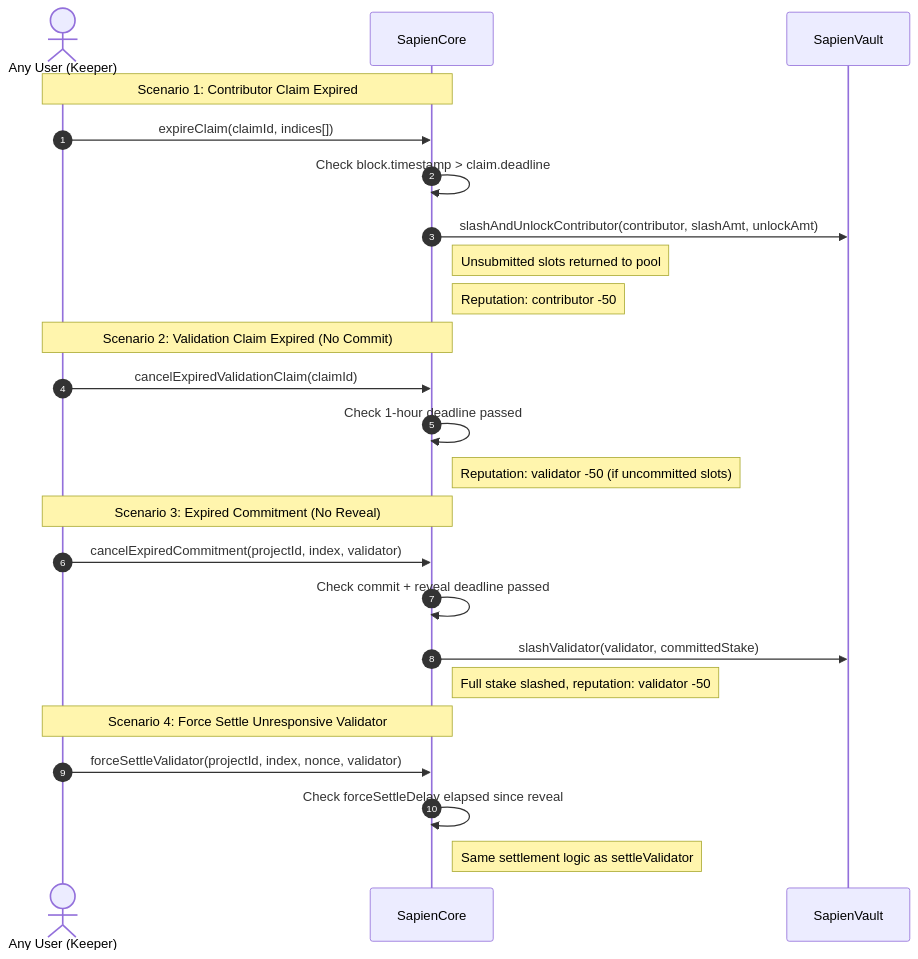
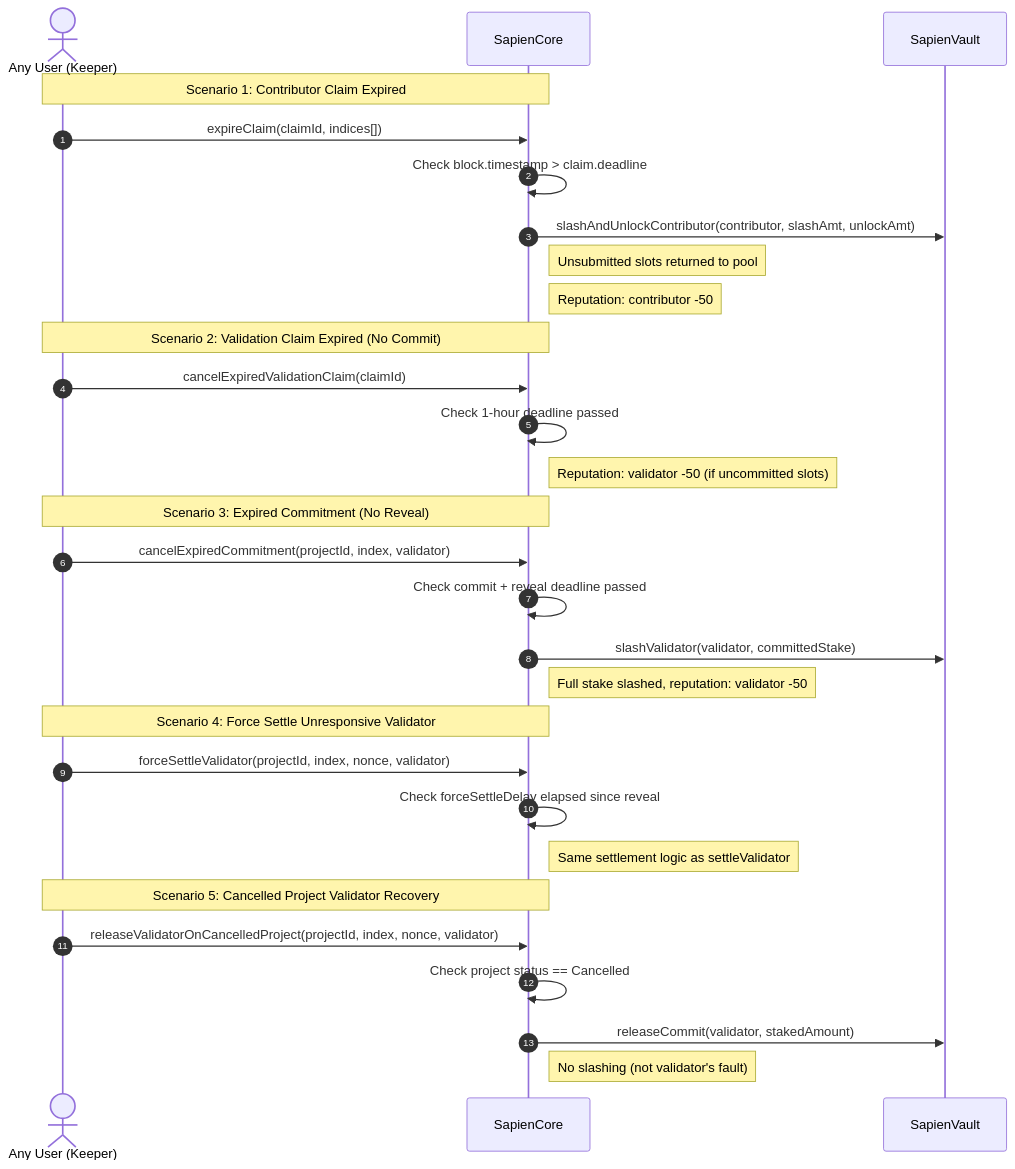
One commit to Sapien-io/sapien-contracts changed the second of 2 diagrams in docs/architecture/lifecycle.md. Above: the diagram before and after it, drawn with Mermaid. The commit also changed other lines of this file and 13 other files, not shown here.

Commit message:
Adds functionality to release validator on cancelled projects

````diff
--- a/docs/architecture/lifecycle.md
+++ b/docs/architecture/lifecycle.md
@@ -160,30 +168,36 @@
 ```mermaid
 sequenceDiagram
     autonumber
     actor U as Any User (Keeper)
     participant SC as SapienCore
     participant SV as SapienVault
 
     Note over U, SC: Scenario 1: Contributor Claim Expired
     U->>SC: expireClaim(claimId, indices[])
     SC->>SC: Check block.timestamp > claim.deadline
     SC->>SV: slashAndUnlockContributor(contributor, slashAmt, unlockAmt)
     Note right of SC: Unsubmitted slots returned to pool
     Note right of SC: Reputation: contributor -50
 
     Note over U, SC: Scenario 2: Validation Claim Expired (No Commit)
     U->>SC: cancelExpiredValidationClaim(claimId)
     SC->>SC: Check 1-hour deadline passed
     Note right of SC: Reputation: validator -50 (if uncommitted slots)
 
     Note over U, SC: Scenario 3: Expired Commitment (No Reveal)
     U->>SC: cancelExpiredCommitment(projectId, index, validator)
     SC->>SC: Check commit + reveal deadline passed
     SC->>SV: slashValidator(validator, committedStake)
     Note right of SC: Full stake slashed, reputation: validator -50
 
     Note over U, SC: Scenario 4: Force Settle Unresponsive Validator
     U->>SC: forceSettleValidator(projectId, index, nonce, validator)
     SC->>SC: Check forceSettleDelay elapsed since reveal
     Note right of SC: Same settlement logic as settleValidator
+
+    Note over U, SC: Scenario 5: Cancelled Project Validator Recovery
+    U->>SC: releaseValidatorOnCancelledProject(projectId, index, nonce, validator)
+    SC->>SC: Check project status == Cancelled
+    SC->>SV: releaseCommit(validator, stakedAmount)
+    Note right of SC: No slashing (not validator's fault)
 ```
````
